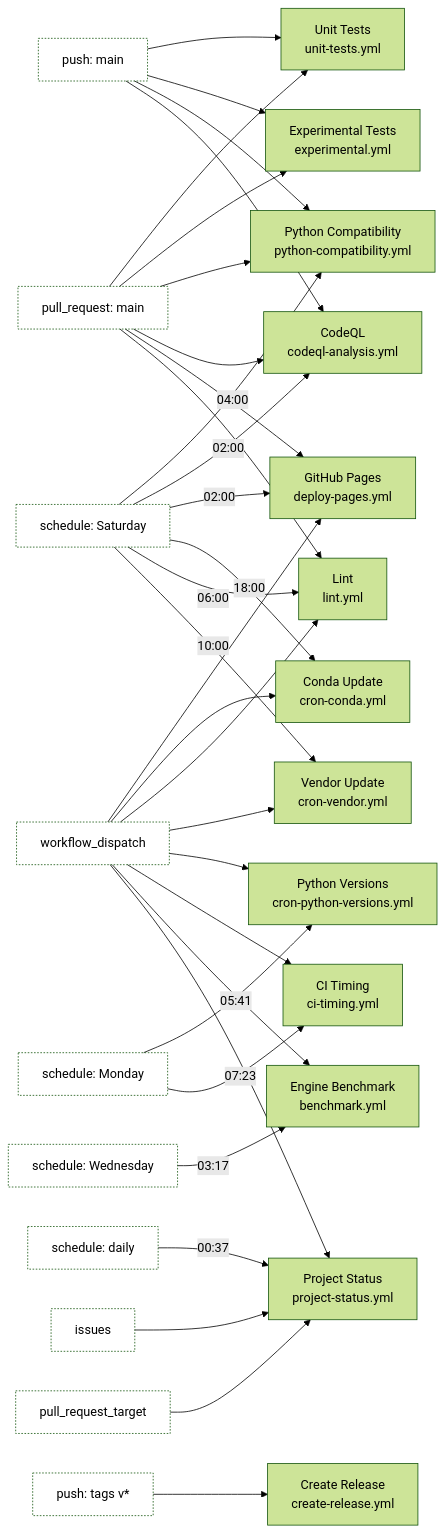
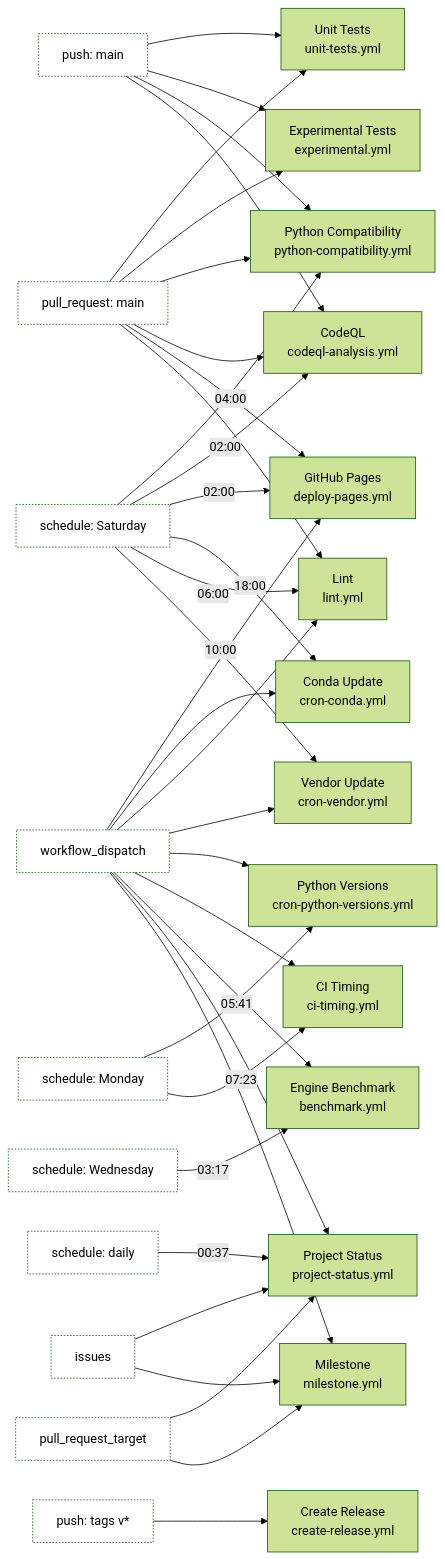
Before and after one commit to JarryShaw/PyPCAPKit: the first of 3 diagrams in docs/source/contributing/workflows.rst, drawn with Mermaid (forest theme). The commit also changed other lines of this file and 5 other files, not shown here.

First line of the commit message:
ci(milestone): set the release milestone on issues and PRs (#2218)

```diff
--- a/docs/source/contributing/workflows.rst
+++ b/docs/source/contributing/workflows.rst
@@ -160,74 +167,79 @@
 .. mermaid::
 
    flowchart LR
        PUSH["push: main"]
        PR["pull_request: main"]
        SAT["schedule: Saturday"]
        MON["schedule: Monday"]
        WED["schedule: Wednesday"]
        DISPATCH["workflow_dispatch"]
        DAILY["schedule: daily"]
        ISSUES["issues"]
        PRT["pull_request_target"]
        TAG["push: tags v*"]
 
        UT["Unit Tests<br/>unit-tests.yml"]
        EX["Experimental Tests<br/>experimental.yml"]
        PC["Python Compatibility<br/>python-compatibility.yml"]
        CQ["CodeQL<br/>codeql-analysis.yml"]
        GP["GitHub Pages<br/>deploy-pages.yml"]
        CU["Conda Update<br/>cron-conda.yml"]
        LT["Lint<br/>lint.yml"]
        VU["Vendor Update<br/>cron-vendor.yml"]
        PV["Python Versions<br/>cron-python-versions.yml"]
        CT["CI Timing<br/>ci-timing.yml"]
        BM["Engine Benchmark<br/>benchmark.yml"]
        PS["Project Status<br/>project-status.yml"]
+       MS["Milestone<br/>milestone.yml"]
        CR["Create Release<br/>create-release.yml"]
 
        PUSH --> UT
        PR --> UT
 
        PUSH --> EX
        PR --> EX
 
        PUSH --> PC
        PR --> PC
        SAT -->|04:00| PC
 
        PUSH --> CQ
        PR --> CQ
        SAT -->|02:00| CQ
 
        PR --> GP
        SAT -->|02:00| GP
        DISPATCH --> GP
 
        SAT -->|18:00| CU
        DISPATCH --> CU
 
        PR --> LT
        SAT -->|06:00| LT
        DISPATCH --> LT
 
        SAT -->|10:00| VU
        DISPATCH --> VU
 
        MON -->|05:41| PV
        DISPATCH --> PV
 
        MON -->|07:23| CT
        DISPATCH --> CT
 
        WED -->|03:17| BM
        DISPATCH --> BM
 
        DISPATCH --> PS
        DAILY -->|00:37| PS
        ISSUES --> PS
        PRT --> PS
 
+       DISPATCH --> MS
+       ISSUES --> MS
+       PRT --> MS
+
        TAG --> CR
 
        classDef trig fill:none,stroke-dasharray:2 2
        class PUSH,PR,SAT,MON,WED,DISPATCH,DAILY,ISSUES,PRT,TAG trig
```
